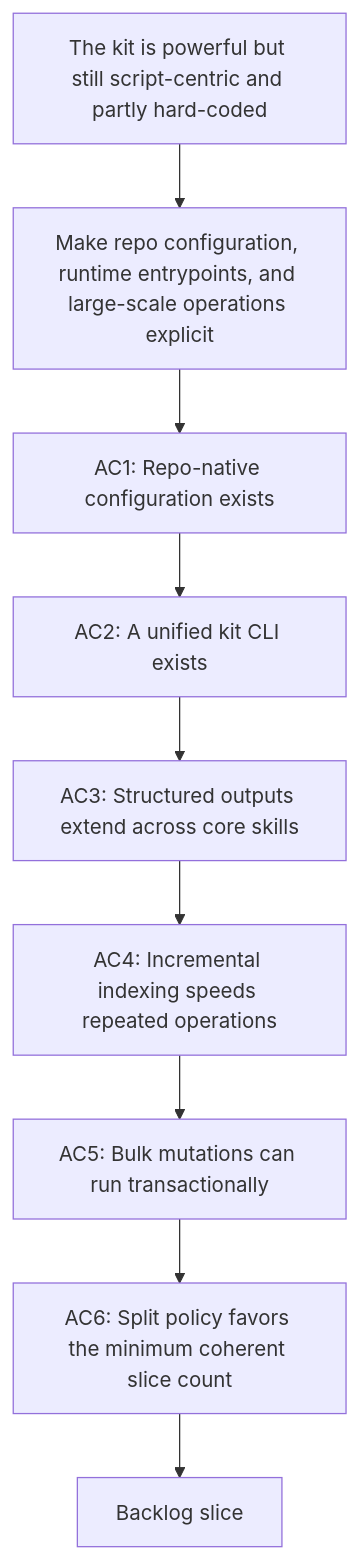
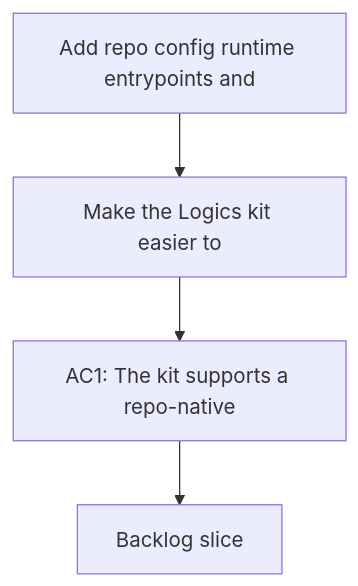
The diagram in logics/request/req_085_add_repo_config_runtime_entrypoints_and_transactional_scaling_primitives_to_the_logics_kit.md (AlexAgo83/logics-manager), drawn with Mermaid before and after one commit. The commit also changed 481 other files, not shown here.

````diff
--- a/logics/request/req_085_add_repo_config_runtime_entrypoints_and_transactional_scaling_primitives_to_the_logics_kit.md
+++ b/logics/request/req_085_add_repo_config_runtime_entrypoints_and_transactional_scaling_primitives_to_the_logics_kit.md
@@ -25,13 +25,8 @@
 ```mermaid
 %% logics-kind: request
 %% logics-signature: request|add-repo-config-runtime-entrypoints-and-|make-the-logics-kit-easier-to|ac1-the-kit-supports-a-repo-native
 flowchart TD
-    Trigger[The kit is powerful but still script-centric and partly hard-coded] --> Need[Make repo configuration, runtime entrypoints, and large-scale operations explicit]
-    Need --> AC1[AC1: Repo-native configuration exists]
-    AC1 --> AC2[AC2: A unified kit CLI exists]
-    AC2 --> AC3[AC3: Structured outputs extend across core skills]
-    AC3 --> AC4[AC4: Incremental indexing speeds repeated operations]
-    AC4 --> AC5[AC5: Bulk mutations can run transactionally]
-    AC5 --> AC6[AC6: Split policy favors the minimum coherent slice count]
-    AC6 --> Backlog[Backlog slice]
+    Trigger[Add repo config runtime entrypoints and] --> Need[Make the Logics kit easier to]
+    Need --> Outcome[AC1: The kit supports a repo-native]
+    Outcome --> Backlog[Backlog slice]
 ```
````
